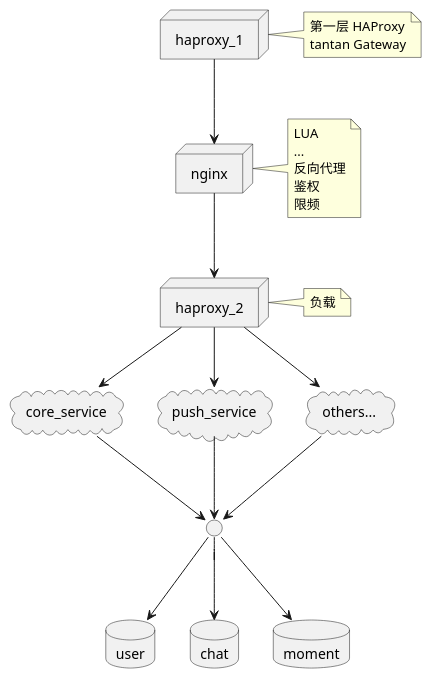
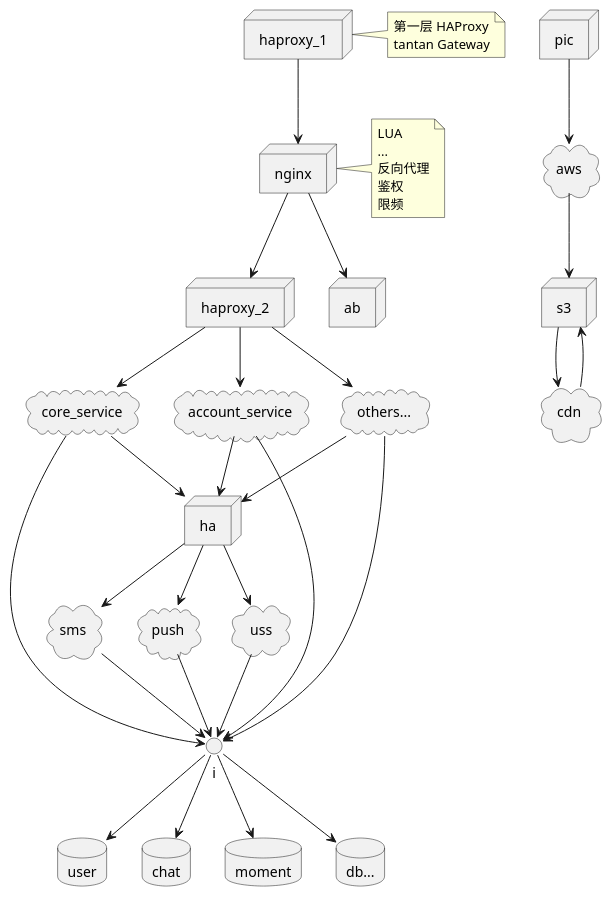
The diagram in graph/core-service-tmp-compent.puml (beanzhou/tandoc), drawn with PlantUML before and after one commit. The commit also changed 3 other files, not shown here.

```diff
--- a/graph/core-service-tmp-compent.puml
+++ b/graph/core-service-tmp-compent.puml
@@ -1,46 +1,79 @@
 @startuml
 
 
 node haproxy_1
 note right
 第一层 HAProxy
 tantan Gateway
 end note
 
 node nginx
 note right
 LUA
 ...
 反向代理
 鉴权
 限频
 end note
 node haproxy_2
-note right
-负载
-end note
+
 cloud core_service
-cloud push_service
+cloud account_service
 cloud others...
 
+node ha
+cloud uss
+cloud sms
+cloud push
 
 database user
 database chat
 database moment
+database db...
+
+node ab
+
+node pic
+cloud aws
+node s3
+
+cloud cdn
+
+pic --> aws
+aws --> s3
+s3 --> cdn
+cdn --> s3
 
 haproxy_1 --> nginx
 nginx --> haproxy_2
+nginx --> ab
 
 haproxy_2 --> core_service
-haproxy_2 --> push_service
+haproxy_2 --> account_service
 haproxy_2 --> others...
 
+core_service --> ha
+account_service --> ha
+others... --> ha
+
+ha --> uss
+ha --> sms
+ha --> push
+
 core_service --> i
-push_service --> i
+account_service --> i
 others... --> i
+
+
+
+uss --> i
+sms --> i
+push --> i
 
 i --> user
 i --> chat
 i --> moment
+i --> db...
+
 
 @enduml
```
